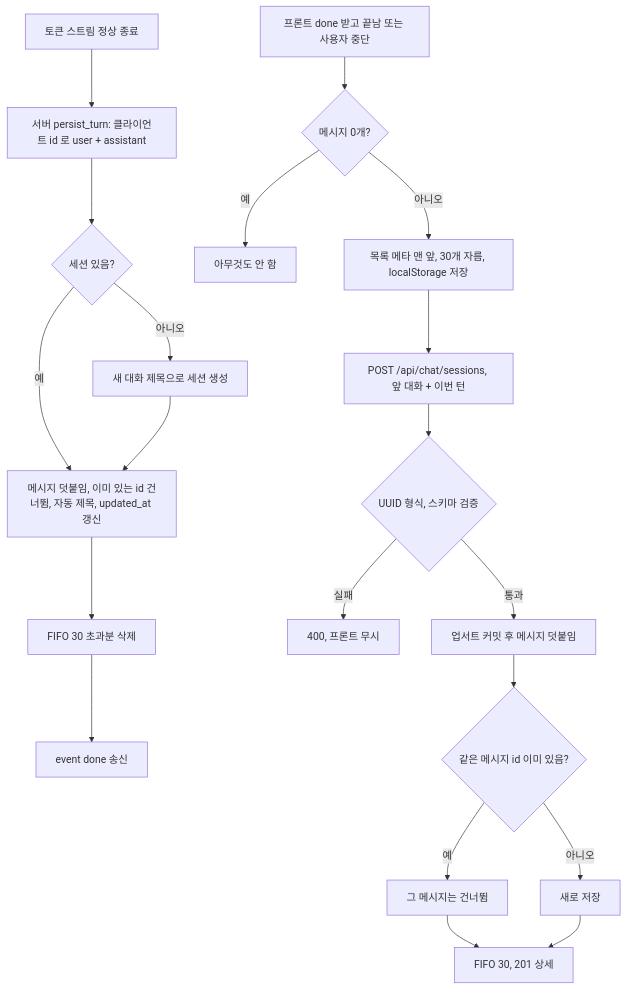
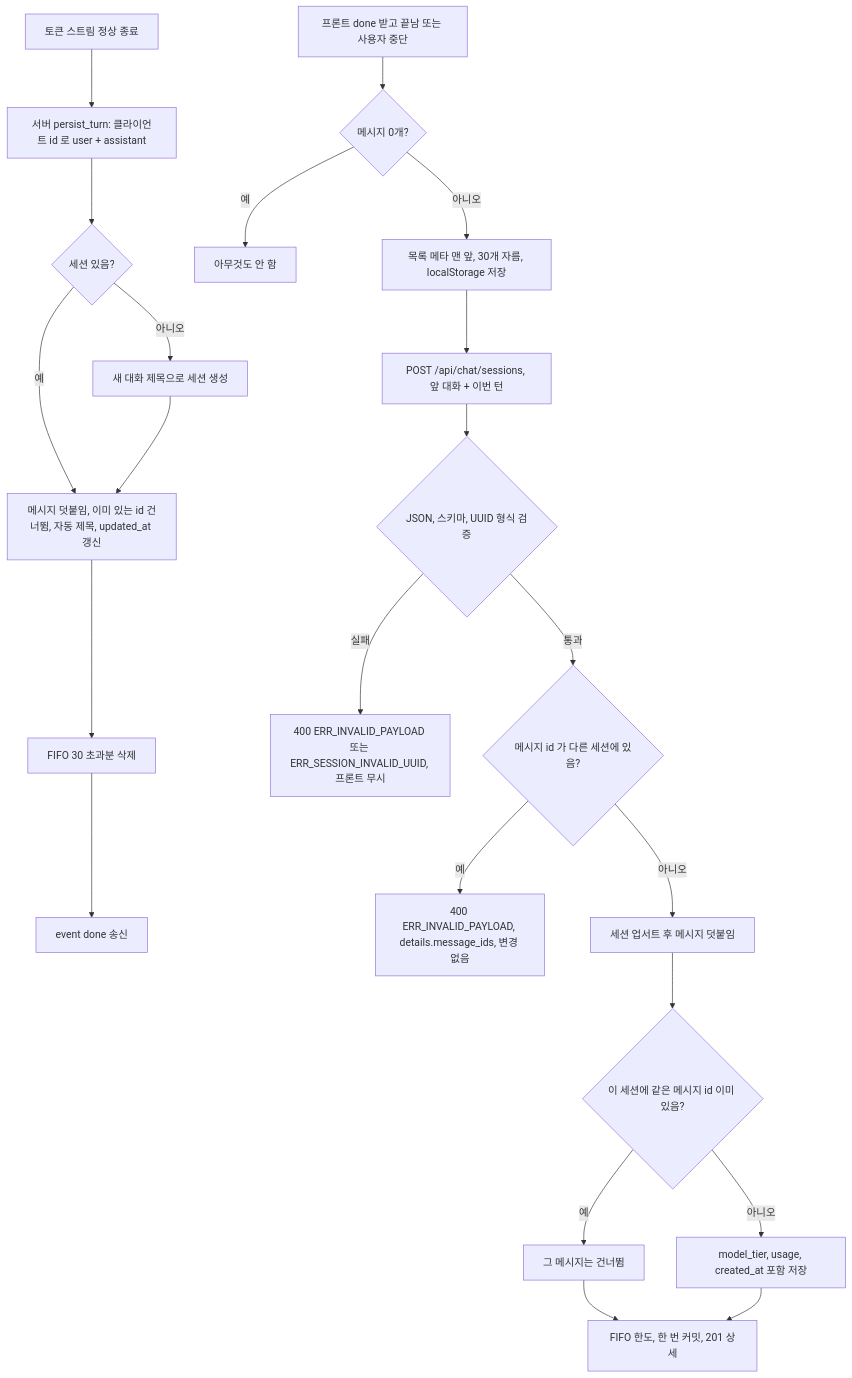
The sixth of 27 diagrams in docs/spec-writer/fsd/02_AI_CHAT_SPECIFICATION.md (ozplayground/agent-lens), drawn with Mermaid before and after one commit. The commit also changed other lines of this file and 216 other files, not shown here.

````diff
--- a/docs/spec-writer/fsd/02_AI_CHAT_SPECIFICATION.md
+++ b/docs/spec-writer/fsd/02_AI_CHAT_SPECIFICATION.md
@@ -455,22 +462,24 @@
 ```mermaid
 flowchart TD
     A["토큰 스트림 정상 종료"] --> B["서버 persist_turn: 클라이언트 id 로 user + assistant"]
     B --> C{"세션 있음?"}
     C -->|아니오| D["새 대화 제목으로 세션 생성"]
     C -->|예| E["메시지 덧붙임, 이미 있는 id 건너뜀, 자동 제목, updated_at 갱신"]
     D --> E
     E --> F["FIFO 30 초과분 삭제"]
     F --> F2["event done 송신"]
     G["프론트 done 받고 끝남 또는 사용자 중단"] --> H{"메시지 0개?"}
     H -->|예| I["아무것도 안 함"]
     H -->|아니오| J["목록 메타 맨 앞, 30개 자름, localStorage 저장"]
     J --> K["POST /api/chat/sessions, 앞 대화 + 이번 턴"]
-    K --> L{"UUID 형식, 스키마 검증"}
-    L -->|실패| M["400, 프론트 무시"]
-    L -->|통과| N["업서트 커밋 후 메시지 덧붙임"]
-    N --> O{"같은 메시지 id 이미 있음?"}
+    K --> L{"JSON, 스키마, UUID 형식 검증"}
+    L -->|실패| M["400 ERR_INVALID_PAYLOAD 또는 ERR_SESSION_INVALID_UUID, 프론트 무시"]
+    L -->|통과| L2{"메시지 id 가 다른 세션에 있음?"}
+    L2 -->|예| M2["400 ERR_INVALID_PAYLOAD, details.message_ids, 변경 없음"]
+    L2 -->|아니오| N["세션 업서트 후 메시지 덧붙임"]
+    N --> O{"이 세션에 같은 메시지 id 이미 있음?"}
     O -->|예| P["그 메시지는 건너뜀"]
-    O -->|아니오| Q["새로 저장"]
-    P --> R["FIFO 30, 201 상세"]
+    O -->|아니오| Q["model_tier, usage, created_at 포함 저장"]
+    P --> R["FIFO 한도, 한 번 커밋, 201 상세"]
     Q --> R
 ```
````
